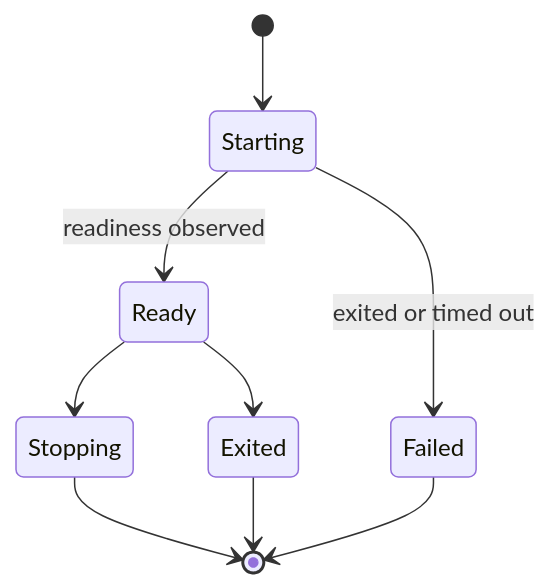
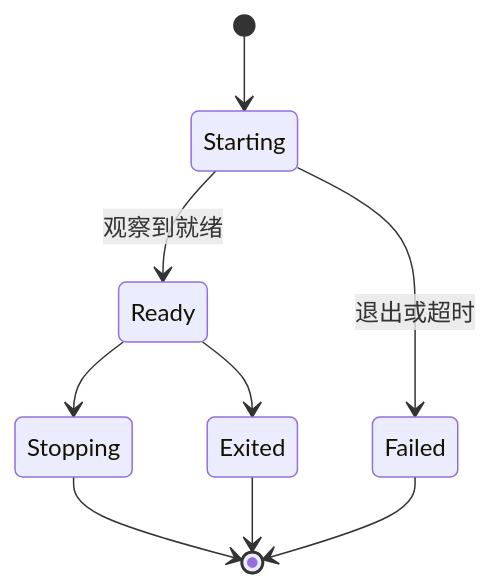
One commit to HSPK/tinyray changed the first of 2 diagrams in docs/03-modules/08-supervision.md. Above: the diagram before and after it, drawn with Mermaid. The commit also changed other lines of this file and 33 other files, not shown here.

````diff
--- a/docs/03-modules/08-supervision.md
+++ b/docs/03-modules/08-supervision.md
@@ -68,11 +65,11 @@
 ```mermaid
 stateDiagram-v2
     [*] --> Starting
-    Starting --> Ready : readiness observed
-    Starting --> Failed : exited or timed out
+    Starting --> Ready : 观察到就绪
+    Starting --> Failed : 退出或超时
     Ready --> Exited
     Ready --> Stopping
     Stopping --> [*]
     Exited --> [*]
     Failed --> [*]
 ```
````
